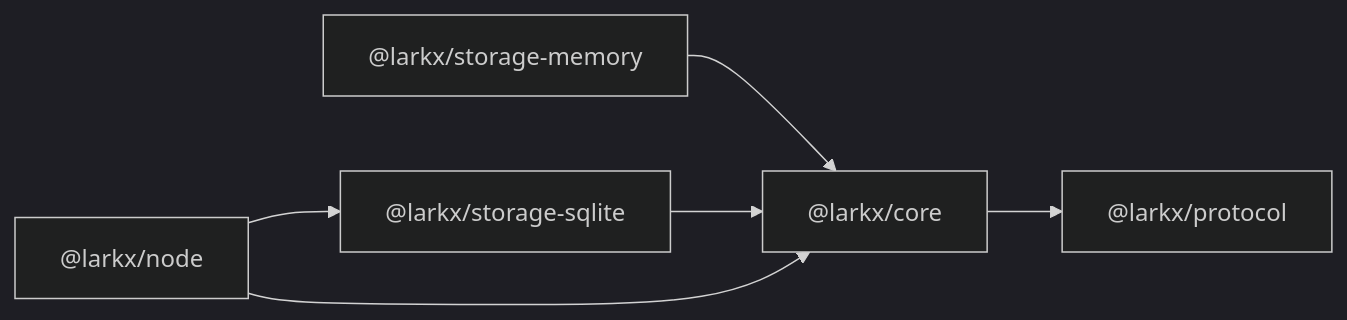
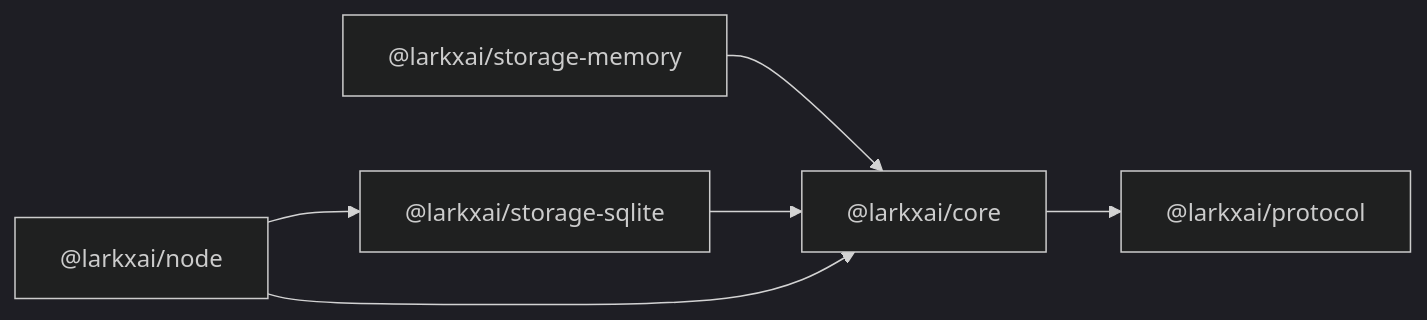
One commit to larkxai/larkx changed the diagram in rfcs/0001-architecture.md. Above: the diagram before and after it, drawn with Mermaid (dark theme). The commit also changed other lines of this file and 127 other files, not shown here.

````diff
--- a/rfcs/0001-architecture.md
+++ b/rfcs/0001-architecture.md
@@ -23,13 +23,13 @@
 ```mermaid
 flowchart LR
-  protocol["@larkx/protocol"]
-  core["@larkx/core"]
-  memory["@larkx/storage-memory"]
-  sqlite["@larkx/storage-sqlite"]
-  node["@larkx/node"]
+  protocol["@larkxai/protocol"]
+  core["@larkxai/core"]
+  memory["@larkxai/storage-memory"]
+  sqlite["@larkxai/storage-sqlite"]
+  node["@larkxai/node"]
   core --> protocol
   memory --> core
   sqlite --> core
   node --> sqlite
   node --> core
 ```
````
